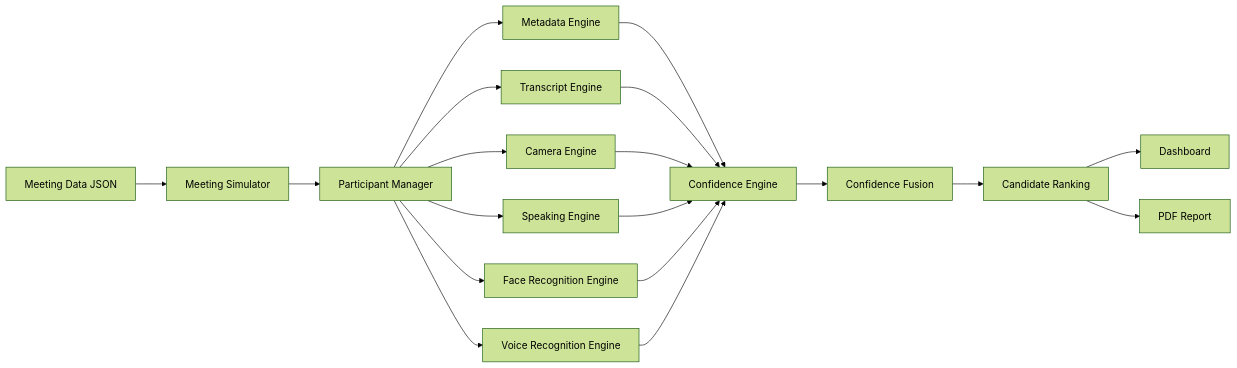
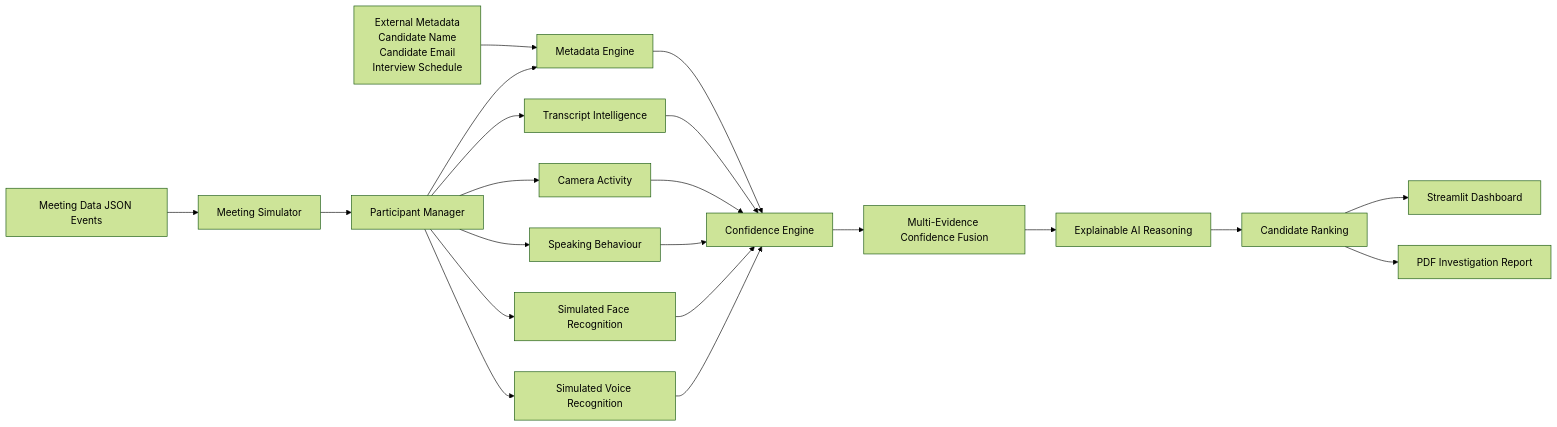
The diagram in docs/architecture.md (Radha-byte/Sherlock-Candidate-Identifier), drawn with Mermaid (forest theme) before and after one commit. The commit also changed other lines of this file, not shown here.

Commit message:
Improve architecture documentation and update project README

````diff
--- a/docs/architecture.md
+++ b/docs/architecture.md
@@ -3,36 +5,37 @@
 ```mermaid
 flowchart LR
 
-A[Meeting Data JSON]
+A[Meeting Data JSON Events]
 
-A --> B[Meeting Simulator]
+B[External Metadata<br/>Candidate Name<br/>Candidate Email<br/>Interview Schedule]
 
-B --> C[Participant Manager]
+A --> C[Meeting Simulator]
 
-C --> D[Metadata Engine]
+C --> D[Participant Manager]
 
-C --> E[Transcript Engine]
+B --> E[Metadata Engine]
 
-C --> F[Camera Engine]
+D --> E
+D --> F[Transcript Intelligence]
+D --> G[Camera Activity]
+D --> H[Speaking Behaviour]
+D --> I[Simulated Face Recognition]
+D --> J[Simulated Voice Recognition]
 
-C --> G[Speaking Engine]
+E --> K[Confidence Engine]
+F --> K
+G --> K
+H --> K
+I --> K
+J --> K
 
-C --> H[Face Recognition Engine]
+K --> L[Multi-Evidence Confidence Fusion]
 
-C --> I[Voice Recognition Engine]
+L --> M[Explainable AI Reasoning]
 
-D --> J[Confidence Engine]
-E --> J
-F --> J
-G --> J
-H --> J
-I --> J
+M --> N[Candidate Ranking]
 
-J --> K[Confidence Fusion]
+N --> O[Streamlit Dashboard]
 
-K --> L[Candidate Ranking]
-
-L --> M[Dashboard]
-
-L --> N[PDF Report]
+N --> P[PDF Investigation Report]
 ```
````
